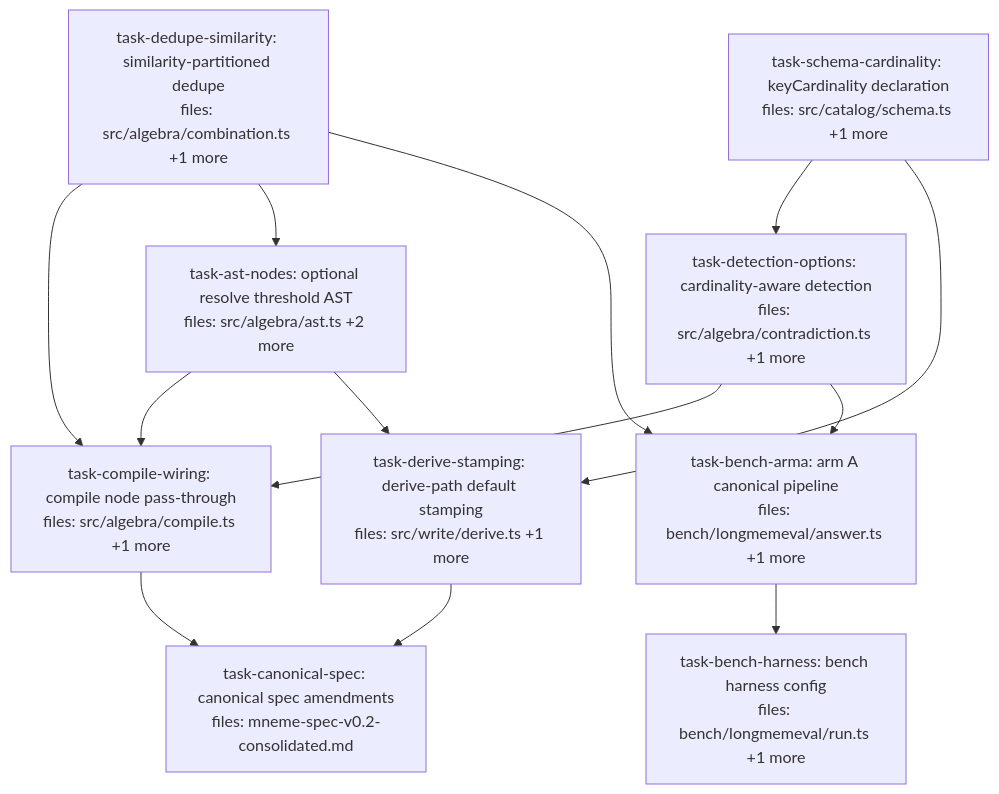
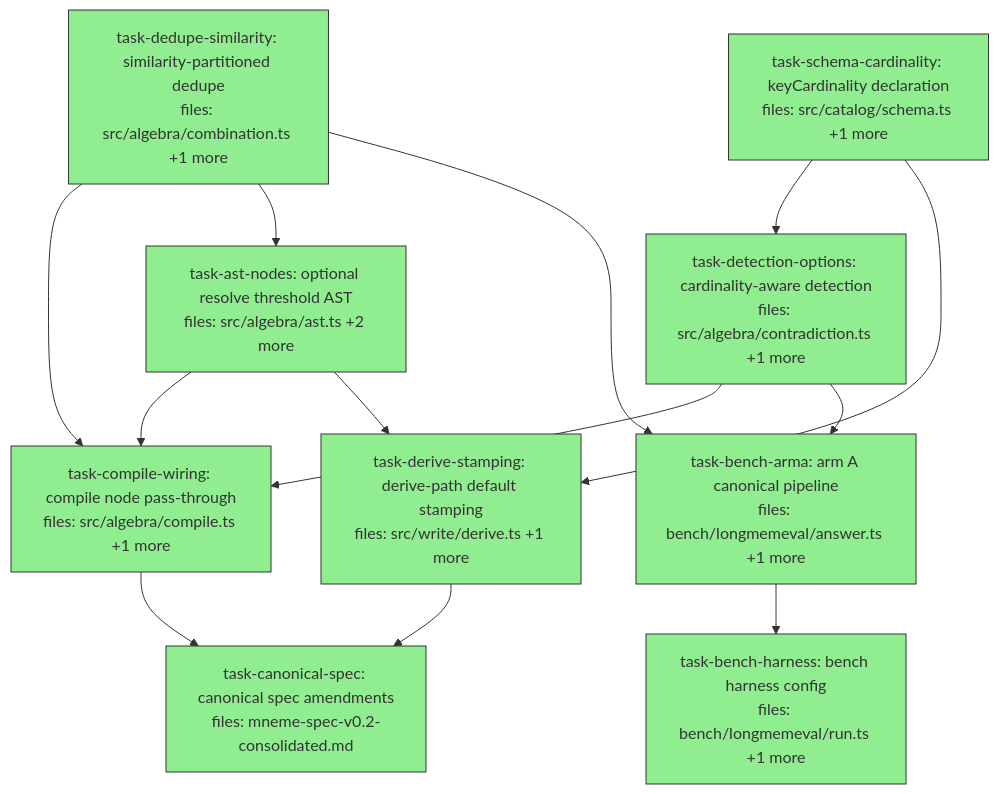
Before and after one commit to BrettNye/Mneme: the diagram in docs/superpowers/plans/2026-06-05-detection-composition-dag.md, drawn with Mermaid. The commit also changed other lines of this file, not shown here.

Commit message:
docs(plan): detection-composition DAG complete (9/9 done)

````diff
--- a/docs/superpowers/plans/2026-06-05-detection-composition-dag.md
+++ b/docs/superpowers/plans/2026-06-05-detection-composition-dag.md
@@ -6,31 +6,31 @@
 ```mermaid
 flowchart TD
-    task-schema-cardinality["task-schema-cardinality: keyCardinality declaration<br/>files: src/catalog/schema.ts +1 more"]
-    task-dedupe-similarity["task-dedupe-similarity: similarity-partitioned dedupe<br/>files: src/algebra/combination.ts +1 more"]
-    task-ast-nodes["task-ast-nodes: optional resolve threshold AST<br/>files: src/algebra/ast.ts +2 more"]
-    task-detection-options["task-detection-options: cardinality-aware detection<br/>files: src/algebra/contradiction.ts +1 more"]
-    task-compile-wiring["task-compile-wiring: compile node pass-through<br/>files: src/algebra/compile.ts +1 more"]
-    task-derive-stamping["task-derive-stamping: derive-path default stamping<br/>files: src/write/derive.ts +1 more"]
-    task-bench-arma["task-bench-arma: arm A canonical pipeline<br/>files: bench/longmemeval/answer.ts +1 more"]
-    task-bench-harness["task-bench-harness: bench harness config<br/>files: bench/longmemeval/run.ts +1 more"]
-    task-canonical-spec["task-canonical-spec: canonical spec amendments<br/>files: mneme-spec-v0.2-consolidated.md"]
+    task-schema-cardinality["task-schema-cardinality: keyCardinality declaration<br/>files: src/catalog/schema.ts +1 more"]:::done
+    task-dedupe-similarity["task-dedupe-similarity: similarity-partitioned dedupe<br/>files: src/algebra/combination.ts +1 more"]:::done
+    task-ast-nodes["task-ast-nodes: optional resolve threshold AST<br/>files: src/algebra/ast.ts +2 more"]:::done
+    task-detection-options["task-detection-options: cardinality-aware detection<br/>files: src/algebra/contradiction.ts +1 more"]:::done
+    task-compile-wiring["task-compile-wiring: compile node pass-through<br/>files: src/algebra/compile.ts +1 more"]:::done
+    task-derive-stamping["task-derive-stamping: derive-path default stamping<br/>files: src/write/derive.ts +1 more"]:::done
+    task-bench-arma["task-bench-arma: arm A canonical pipeline<br/>files: bench/longmemeval/answer.ts +1 more"]:::done
+    task-bench-harness["task-bench-harness: bench harness config<br/>files: bench/longmemeval/run.ts +1 more"]:::done
+    task-canonical-spec["task-canonical-spec: canonical spec amendments<br/>files: mneme-spec-v0.2-consolidated.md"]:::done
 
     task-schema-cardinality --> task-detection-options
     task-detection-options --> task-compile-wiring
     task-dedupe-similarity --> task-compile-wiring
     task-dedupe-similarity --> task-ast-nodes
     task-ast-nodes --> task-compile-wiring
     task-ast-nodes --> task-derive-stamping
     task-schema-cardinality --> task-derive-stamping
     task-detection-options --> task-bench-arma
     task-dedupe-similarity --> task-bench-arma
     task-bench-arma --> task-bench-harness
     task-compile-wiring --> task-canonical-spec
     task-derive-stamping --> task-canonical-spec
 
     classDef done fill:#90ee90,stroke:#333
     classDef ready fill:#fffacd,stroke:#333
     classDef running fill:#87ceeb,stroke:#333
     classDef failed fill:#ffb6c1,stroke:#333
     classDef skipped fill:#d3d3d3,stroke:#333,stroke-dasharray: 5 5
 ```
````
